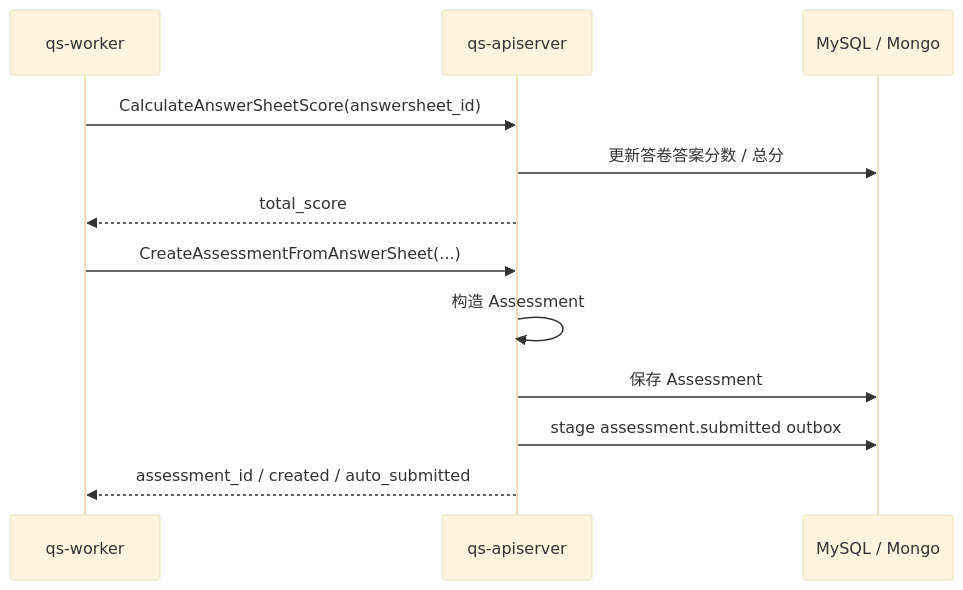
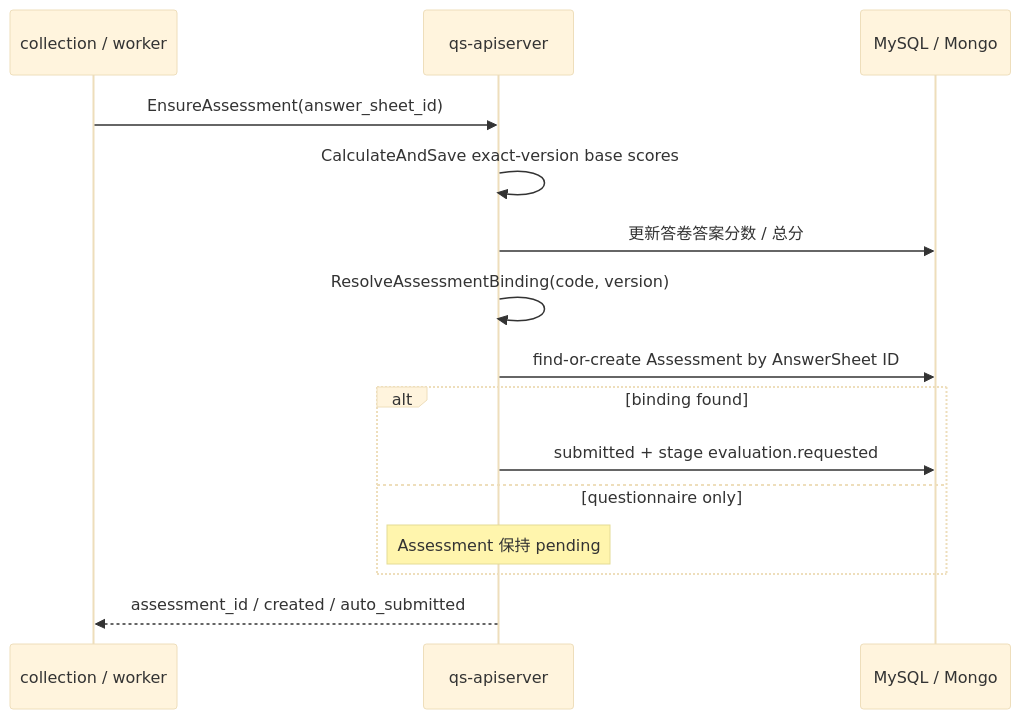
The fourth of 6 diagrams in docs/00-总览/03-核心业务链路.md (FangcunMount/qs-server), drawn with Mermaid (base theme) before and after one commit. The commit also changed other lines of this file and 30 other files, not shown here.

````diff
--- a/docs/00-总览/03-核心业务链路.md
+++ b/docs/00-总览/03-核心业务链路.md
@@ -218,16 +223,18 @@
 ```mermaid
 sequenceDiagram
-    participant W as qs-worker
+    participant C as collection / worker
     participant A as qs-apiserver
     participant DB as MySQL / Mongo
 
-    W->>A: CalculateAnswerSheetScore(answersheet_id)
+    C->>A: EnsureAssessment(answer_sheet_id)
+    A->>A: CalculateAndSave exact-version base scores
     A->>DB: 更新答卷答案分数 / 总分
-    A-->>W: total_score
-
-    W->>A: CreateAssessmentFromAnswerSheet(...)
-    A->>A: 构造 Assessment
-    A->>DB: 保存 Assessment
-    A->>DB: stage assessment.submitted outbox
-    A-->>W: assessment_id / created / auto_submitted
+    A->>A: ResolveAssessmentBinding(code, version)
+    A->>DB: find-or-create Assessment by AnswerSheet ID
+    alt binding found
+        A->>DB: submitted + stage evaluation.requested
+    else questionnaire only
+        Note over A: Assessment 保持 pending
+    end
+    A-->>C: assessment_id / created / auto_submitted
 ```
````
